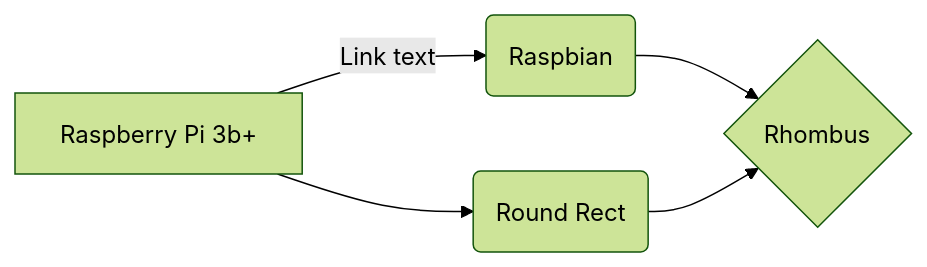
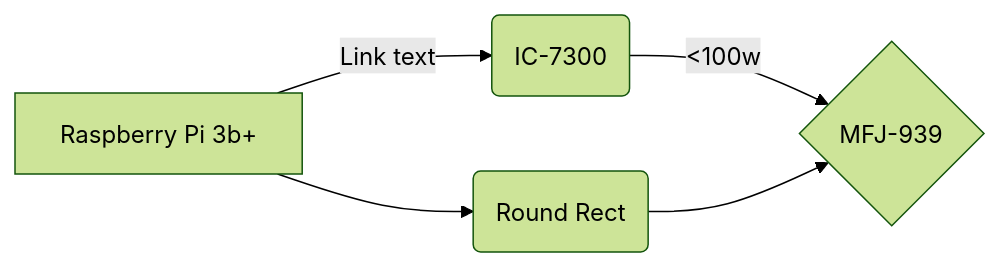
One commit to we4sel/we4sel.github.io changed the diagram in station.md.md. Above: the diagram before and after it, drawn with Mermaid (forest theme). The commit also changed other lines of this file, not shown here.

Commit message:
station.md.md updated from https://stackedit.io/

````diff
--- a/station.md.md
+++ b/station.md.md
@@ -7,7 +7,7 @@
 ```mermaid
 graph LR
-A[Raspberry Pi 3b+] -- Link text --> B(Raspbian)
+A[Raspberry Pi 3b+] -- Link text --> B(IC-7300)
 A --> C(Round Rect)
-B --> D{Rhombus}
+B -- <100w  --> D{MFJ-939}
 C --> D
 ```
````
